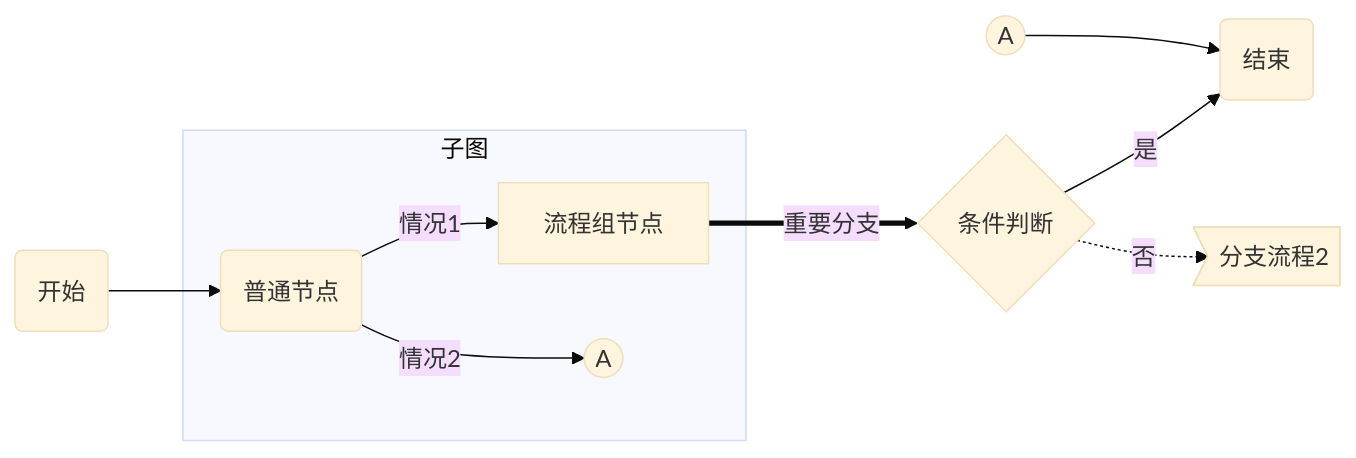
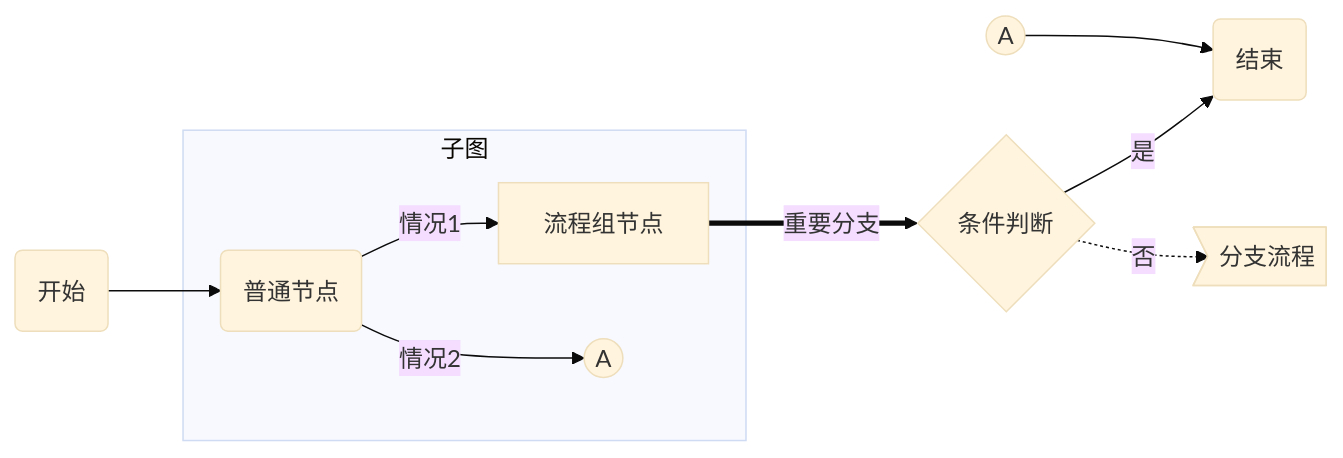
One commit to MadMaxChow/VLOOK changed the second of 10 diagrams in 3-demo/脚本化图表 for Markdown.md. Above: the diagram before and after it, drawn with Mermaid (base theme). The commit also changed other lines of this file and 38 other files, not shown here.

````diff
--- a/3-demo/脚本化图表 for Markdown.md
+++ b/3-demo/脚本化图表 for Markdown.md
@@ -31,13 +63,16 @@
 ```mermaid
 graph LR
 START(开始) --> node1(普通节点)
 subgraph 子图
 	node1 --> |情况1|groud1[流程组节点]
   node1 --> |情况2|A1((A))
 end
+
+%% this is a comment
+
 groud1 ==> |重要分支|cond1{条件判断}
 cond1 --> |是|END
-cond1 -.-> |否|page2>分支流程2]
+cond1 -.-> |否|page2>分支流程]
 A2((A)) --> END
 END(结束)
 ```
````
